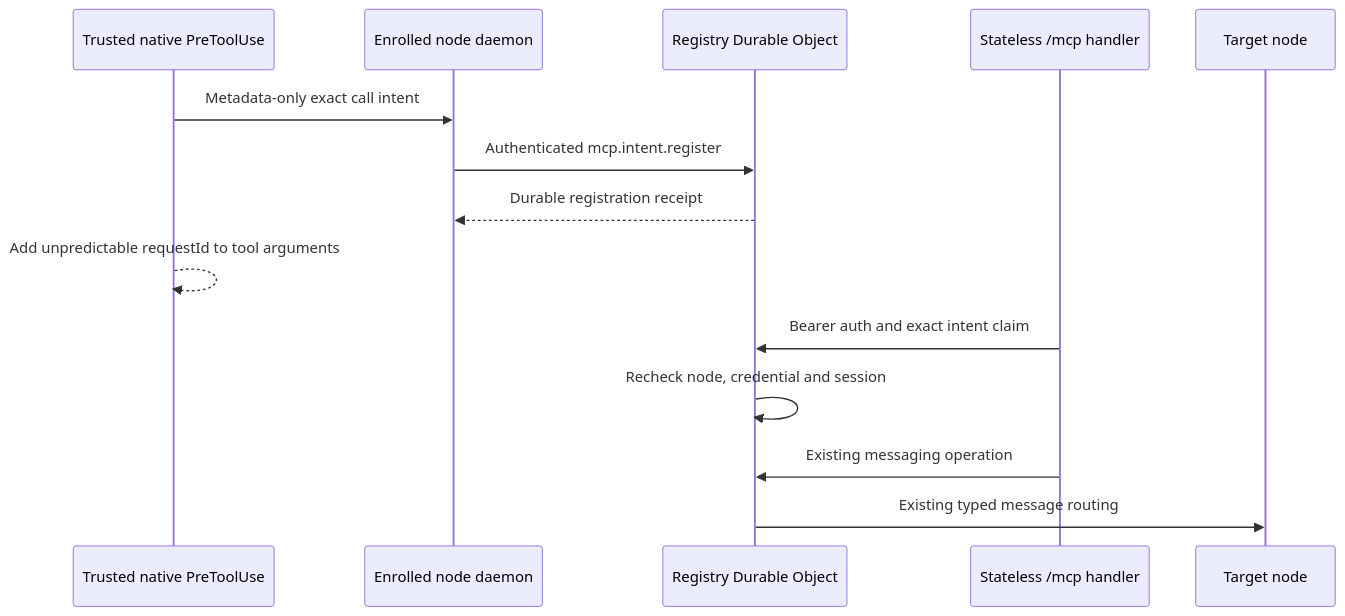
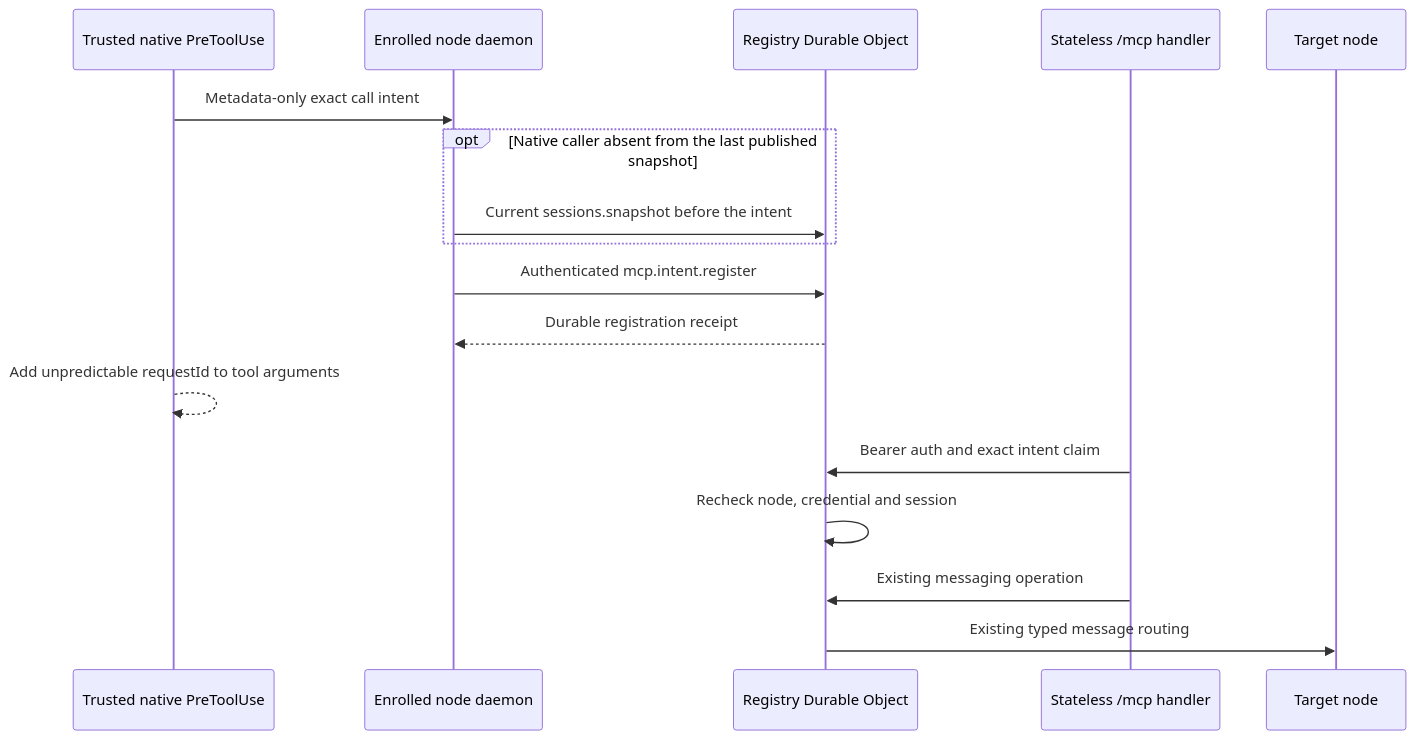
Before and after one commit to cfaysal/kherep: the diagram in modules/control-plane/MCP.md, drawn with Mermaid. The commit also changed other lines of this file and 12 other files, not shown here.

Commit message:
fix: register new native MCP callers before their first intent

````diff
--- a/modules/control-plane/MCP.md
+++ b/modules/control-plane/MCP.md
@@ -7,16 +7,19 @@
 ```mermaid
 sequenceDiagram
     participant Hook as Trusted native PreToolUse
     participant Node as Enrolled node daemon
     participant Registry as Registry Durable Object
     participant MCP as Stateless /mcp handler
     participant Peer as Target node
     Hook->>Node: Metadata-only exact call intent
+    opt Native caller absent from the last published snapshot
+        Node->>Registry: Current sessions.snapshot before the intent
+    end
     Node->>Registry: Authenticated mcp.intent.register
     Registry-->>Node: Durable registration receipt
     Hook-->>Hook: Add unpredictable requestId to tool arguments
     MCP->>Registry: Bearer auth and exact intent claim
     Registry->>Registry: Recheck node, credential and session
     MCP->>Registry: Existing messaging operation
     Registry->>Peer: Existing typed message routing
 ```
````
